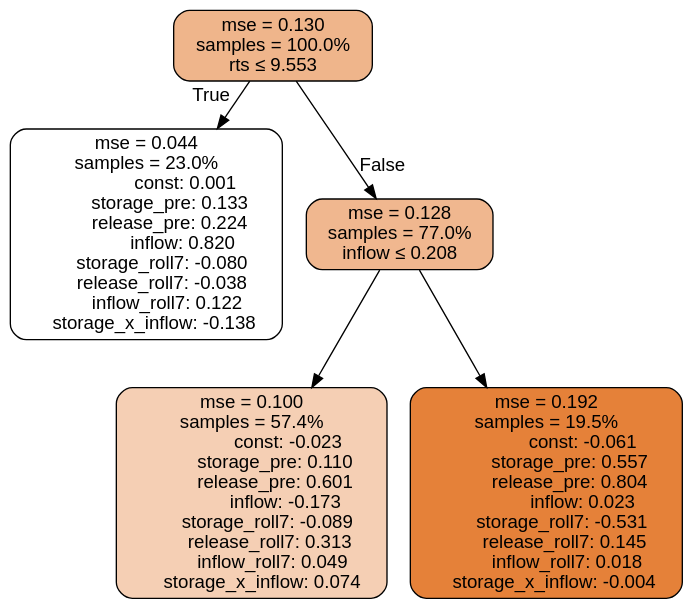
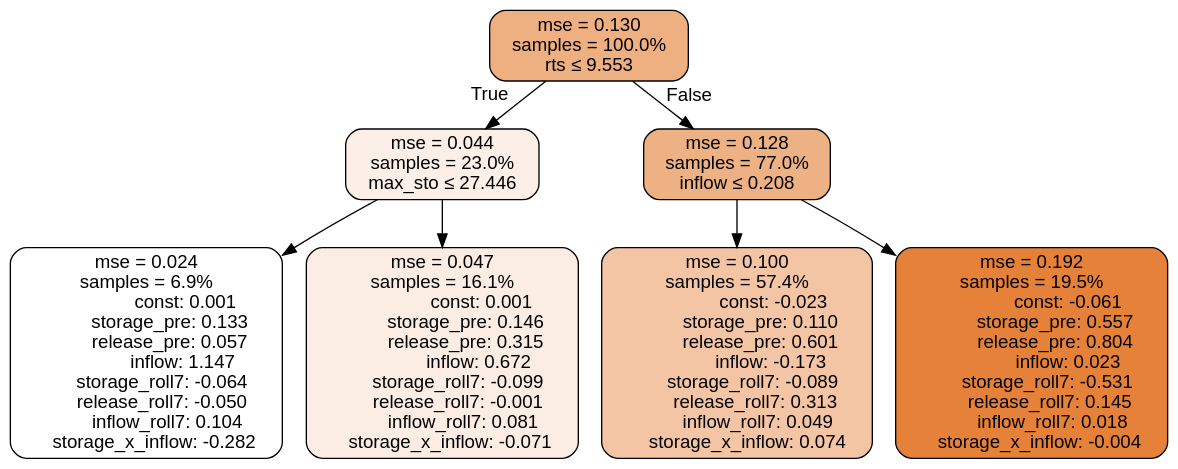
One commit to lcford2/predict-release changed the diagram in results/tclr_model/all/TD2_RT_MS_exhaustive/tree.dot. Above: the diagram before and after it, drawn with Graphviz. The commit also changed 23 other files, not shown here.

```diff
--- a/results/tclr_model/all/TD2_RT_MS_exhaustive/tree.dot
+++ b/results/tclr_model/all/TD2_RT_MS_exhaustive/tree.dot
@@ -1,46 +1,61 @@
 digraph tree {
 bgcolor="transparent"
 node [shape=rectangle, style="filled, rounded", color="black", fontname=helvetica] ;
 edge [fontname=helvetica] ;
 	"0" [label="mse = 0.130
 samples = 100.0%
-rts &le; 9.553", fillcolor="#efb58b"]
+rts &le; 9.553", fillcolor="#eeaf81"]
 	"1" [label="mse = 0.044
 samples = 23.0%
+max_sto &le; 27.446", fillcolor="#fbefe7"]
+	"2" [label="mse = 0.024
+samples = 6.9%
                 const: 0.001
           storage_pre: 0.133
-          release_pre: 0.224
-               inflow: 0.820
-       storage_roll7: -0.080
-       release_roll7: -0.038
-         inflow_roll7: 0.122
-    storage_x_inflow: -0.138", fillcolor="#ffffff"]
-	"2" [label="mse = 0.128
+          release_pre: 0.057
+               inflow: 1.147
+       storage_roll7: -0.064
+       release_roll7: -0.050
+         inflow_roll7: 0.104
+    storage_x_inflow: -0.282", fillcolor="#ffffff"]
+	"3" [label="mse = 0.047
+samples = 16.1%
+                const: 0.001
+          storage_pre: 0.146
+          release_pre: 0.315
+               inflow: 0.672
+       storage_roll7: -0.099
+       release_roll7: -0.001
+         inflow_roll7: 0.081
+    storage_x_inflow: -0.071", fillcolor="#fbede3"]
+	"4" [label="mse = 0.128
 samples = 77.0%
-inflow &le; 0.208", fillcolor="#f0b78f"]
-	"3" [label="mse = 0.100
+inflow &le; 0.208", fillcolor="#eeb184"]
+	"5" [label="mse = 0.100
 samples = 57.4%
                const: -0.023
           storage_pre: 0.110
           release_pre: 0.601
               inflow: -0.173
        storage_roll7: -0.089
         release_roll7: 0.313
          inflow_roll7: 0.049
-     storage_x_inflow: 0.074", fillcolor="#f5cfb4"]
-	"4" [label="mse = 0.192
+     storage_x_inflow: 0.074", fillcolor="#f3c5a5"]
+	"6" [label="mse = 0.192
 samples = 19.5%
                const: -0.061
           storage_pre: 0.557
           release_pre: 0.804
                inflow: 0.023
        storage_roll7: -0.531
         release_roll7: 0.145
          inflow_roll7: 0.018
     storage_x_inflow: -0.004", fillcolor="#e58139"]
 
 	"0" -> "1" [labeldistance=2.5, labelangle=45, headlabel="True"]
-	"0" -> "2" [labeldistance=2.5, labelangle=-45, headlabel="False"]
-	"2" -> "3"
-	"2" -> "4"
+	"1" -> "2"
+	"1" -> "3"
+	"0" -> "4" [labeldistance=2.5, labelangle=-45, headlabel="False"]
+	"4" -> "5"
+	"4" -> "6"
 }
```
